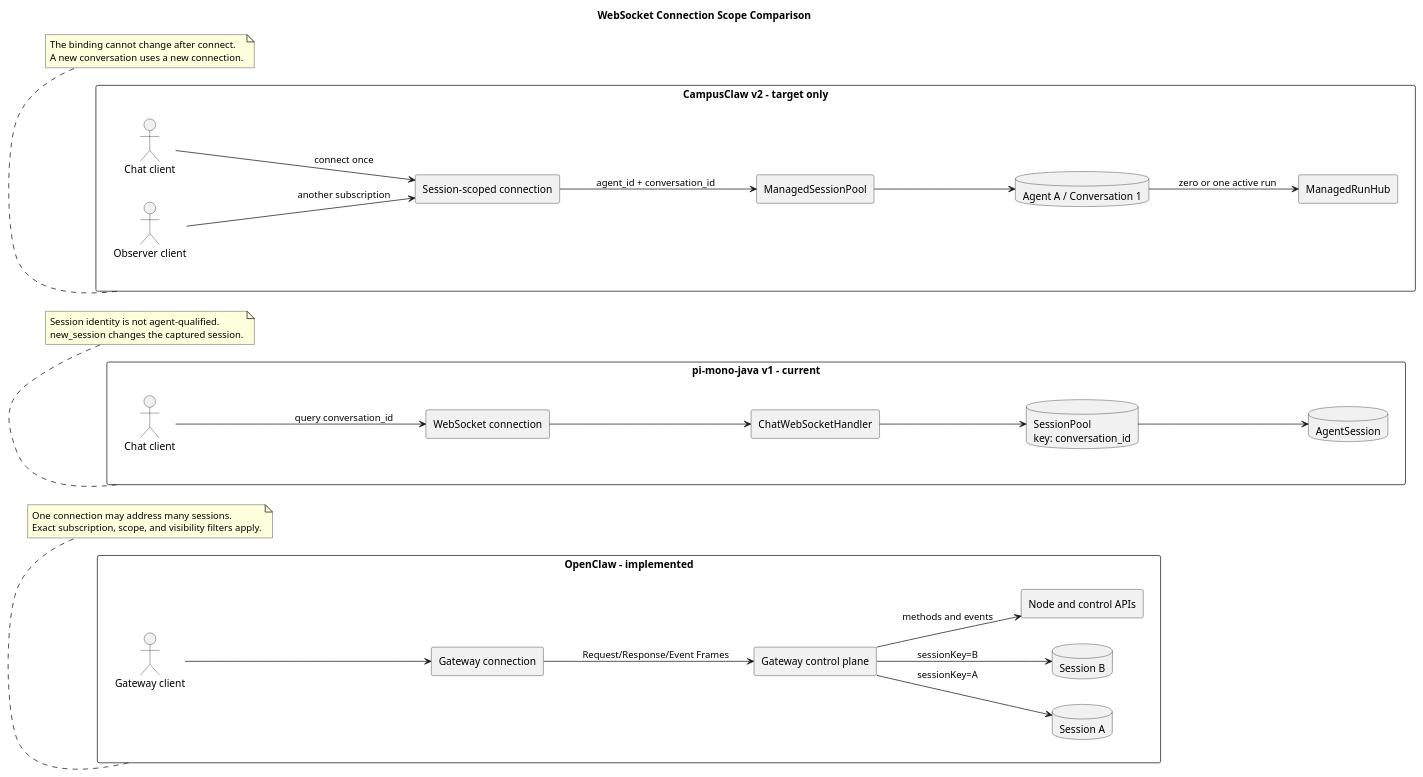
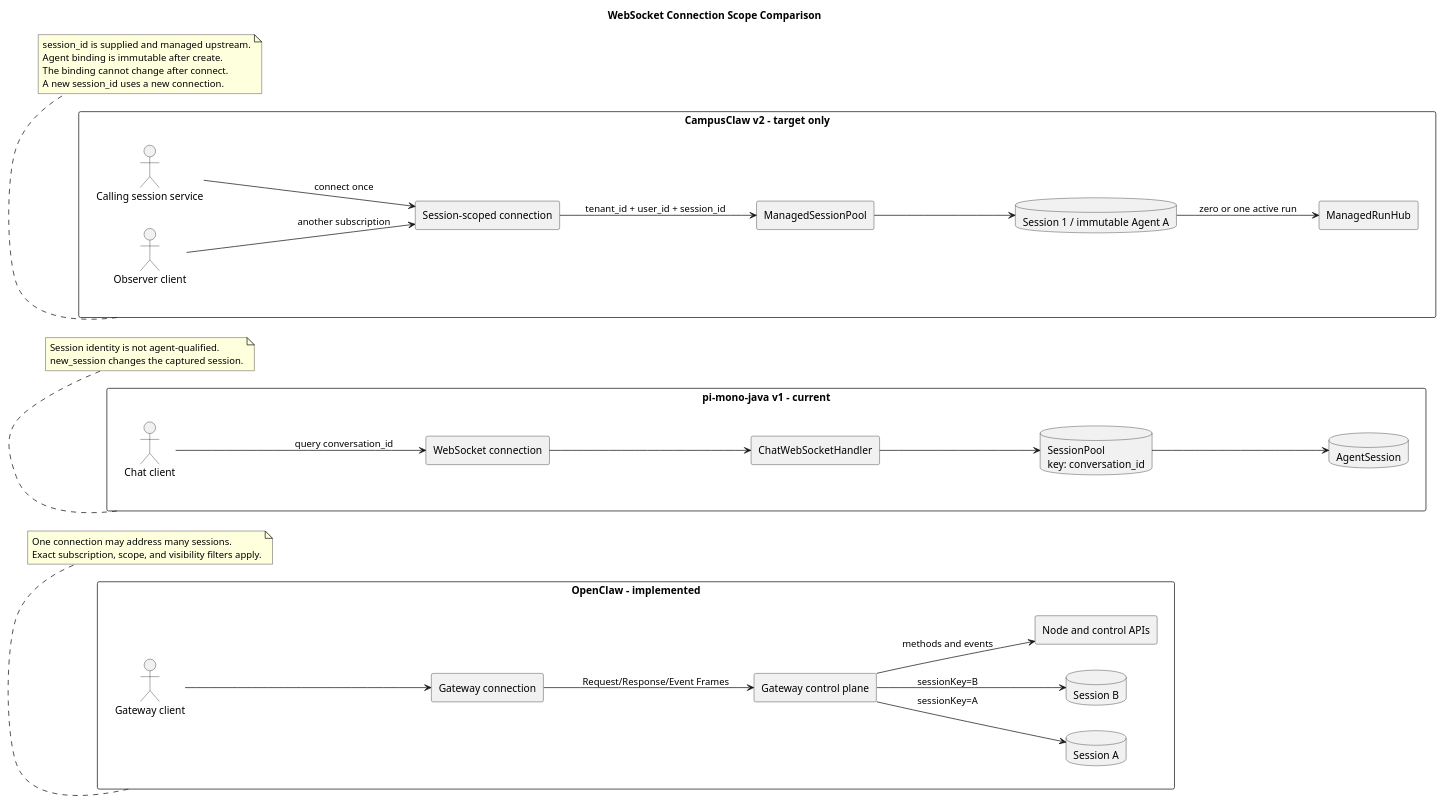
Before and after one commit to superheromeZzh/pi-mono-java-design: the first of 4 diagrams in openclaw-campusclaw-websocket-comparison/diagram.puml, drawn with PlantUML. The commit also changed other lines of this file and 14 other files, not shown here.

Commit message:
docs(agent): clarify runtime session identity

```diff
--- a/openclaw-campusclaw-websocket-comparison/diagram.puml
+++ b/openclaw-campusclaw-websocket-comparison/diagram.puml
@@ -1,83 +1,85 @@
 @startuml websocket_connection_scope_comparison
 title WebSocket Connection Scope Comparison
 
 ' OpenClaw baseline: b015925bc30f6a8363f290b07d5f8588e21422b8, Gateway Protocol v4
 ' Source: docs/gateway/protocol.md (Gateway protocol, exact session subscriptions)
 ' Source: packages/gateway-protocol/src/schema/logs-chat.ts (ChatSendParamsSchema, ChatEventSchema)
 ' Source: src/gateway/server-broadcast.ts (createGatewayBroadcaster)
 ' pi-mono-java baseline: 1f7a5423219edfa4519d8719f1cc8a188ed72873
 ' Source: modules/coding-agent-cli/src/main/java/com/campusclaw/codingagent/mode/server/ServerMode.java (configureRoutes)
 ' Source: modules/coding-agent-cli/src/main/java/com/campusclaw/codingagent/mode/server/ChatWebSocketHandler.java (handle)
 ' Source: modules/coding-agent-cli/src/main/java/com/campusclaw/codingagent/mode/server/SessionPool.java (getOrCreate)
 ' Target source: pi-mono-java-manager-driven-multi-agent-runtime/README.md (WebSocket v2 target)
 ' Target source: pi-mono-java-manager-driven-multi-agent-runtime/chat-ws-v2.asyncapi.yaml
 ' Observed behavior: OpenClaw uses one Gateway connection for requests and events across sessions.
 ' Current Java behavior: one connection captures one AgentSession selected by a query parameter.
-' Target design: one CampusClaw connection is bound to one agent and conversation after connect.
+' Target design: one CampusClaw connection is bound to one caller-owned session and agent after connect.
 ' Design reason: Session scope fixes authorization, model, disclosure, and audit boundaries.
 
 skinparam backgroundColor #FFFFFF
 skinparam shadowing false
 skinparam componentStyle rectangle
 skinparam packageStyle rectangle
 skinparam defaultFontName Arial
 left to right direction
 
 package "OpenClaw - implemented" as openclaw {
   actor "Gateway client" as oc_client
   component "Gateway connection" as oc_conn
   component "Gateway control plane" as oc_gateway
   database "Session A" as oc_session_a
   database "Session B" as oc_session_b
   component "Node and control APIs" as oc_control
 
   oc_client --> oc_conn
   oc_conn --> oc_gateway : Request/Response/Event Frames
   oc_gateway --> oc_session_a : sessionKey=A
   oc_gateway --> oc_session_b : sessionKey=B
   oc_gateway --> oc_control : methods and events
 }
 
 package "pi-mono-java v1 - current" as java_v1 {
   actor "Chat client" as java_client
   component "WebSocket connection" as java_conn
   component "ChatWebSocketHandler" as java_handler
   database "AgentSession" as java_session
   database "SessionPool\nkey: conversation_id" as java_pool
 
   java_client --> java_conn : query conversation_id
   java_conn --> java_handler
   java_handler --> java_pool
   java_pool --> java_session
 }
 
 package "CampusClaw v2 - target only" as campus_v2 {
-  actor "Chat client" as cc_client
+  actor "Calling session service" as cc_client
   component "Session-scoped connection" as cc_conn
   component "ManagedSessionPool" as cc_pool
   component "ManagedRunHub" as cc_hub
-  database "Agent A / Conversation 1" as cc_session
+  database "Session 1 / immutable Agent A" as cc_session
   actor "Observer client" as cc_observer
 
   cc_client --> cc_conn : connect once
   cc_observer --> cc_conn : another subscription
-  cc_conn --> cc_pool : agent_id + conversation_id
+  cc_conn --> cc_pool : tenant_id + user_id + session_id
   cc_pool --> cc_session
   cc_session --> cc_hub : zero or one active run
 }
 
 note bottom of openclaw
   One connection may address many sessions.
   Exact subscription, scope, and visibility filters apply.
 end note
 
 note bottom of java_v1
   Session identity is not agent-qualified.
   new_session changes the captured session.
 end note
 
 note bottom of campus_v2
+  session_id is supplied and managed upstream.
+  Agent binding is immutable after create.
   The binding cannot change after connect.
-  A new conversation uses a new connection.
+  A new session_id uses a new connection.
 end note
 @enduml
```
